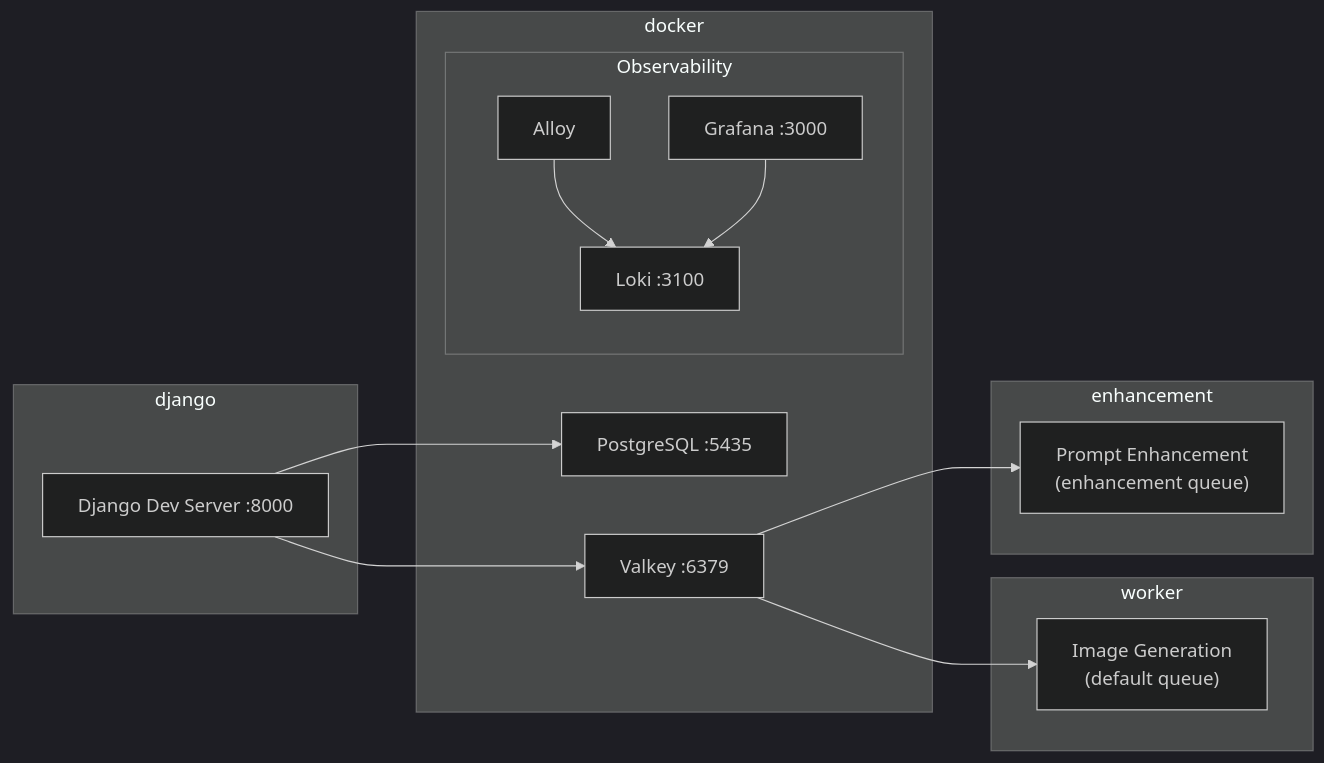
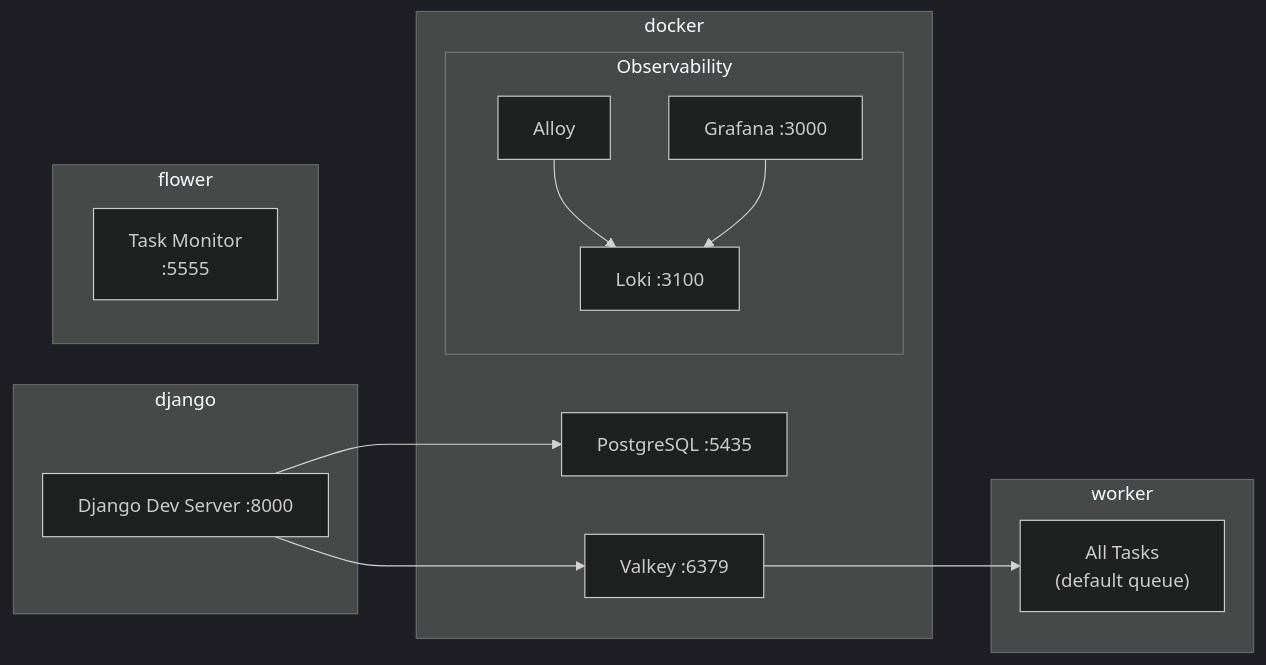
Before and after one commit to andrewmarconi/creative-workflow: the second of 8 diagrams in docs/developer/architecture.rst, drawn with Mermaid (dark theme). The commit also changed other lines of this file and 11 other files, not shown here.

```diff
--- a/docs/developer/architecture.rst
+++ b/docs/developer/architecture.rst
@@ -64,31 +64,30 @@
 .. mermaid::
 
    flowchart LR
        subgraph docker["docker"]
            pg["PostgreSQL :5435"]
            valkey["Valkey :6379"]
            subgraph observability["Observability"]
                loki["Loki :3100"]
                alloy["Alloy"]
                grafana["Grafana :3000"]
            end
        end
 
        subgraph django["django"]
            server["Django Dev Server :8000"]
        end
 
        subgraph worker["worker"]
-           gen["Image Generation<br/>(default queue)"]
+           gen["All Tasks<br/>(default queue)"]
        end
 
-       subgraph enhancement["enhancement"]
-           llm["Prompt Enhancement<br/>(enhancement queue)"]
+       subgraph flower["flower"]
+           mon["Task Monitor<br/>:5555"]
        end
 
        server --> valkey
        valkey --> gen
-       valkey --> llm
        server --> pg
        alloy --> loki
        grafana --> loki
```
